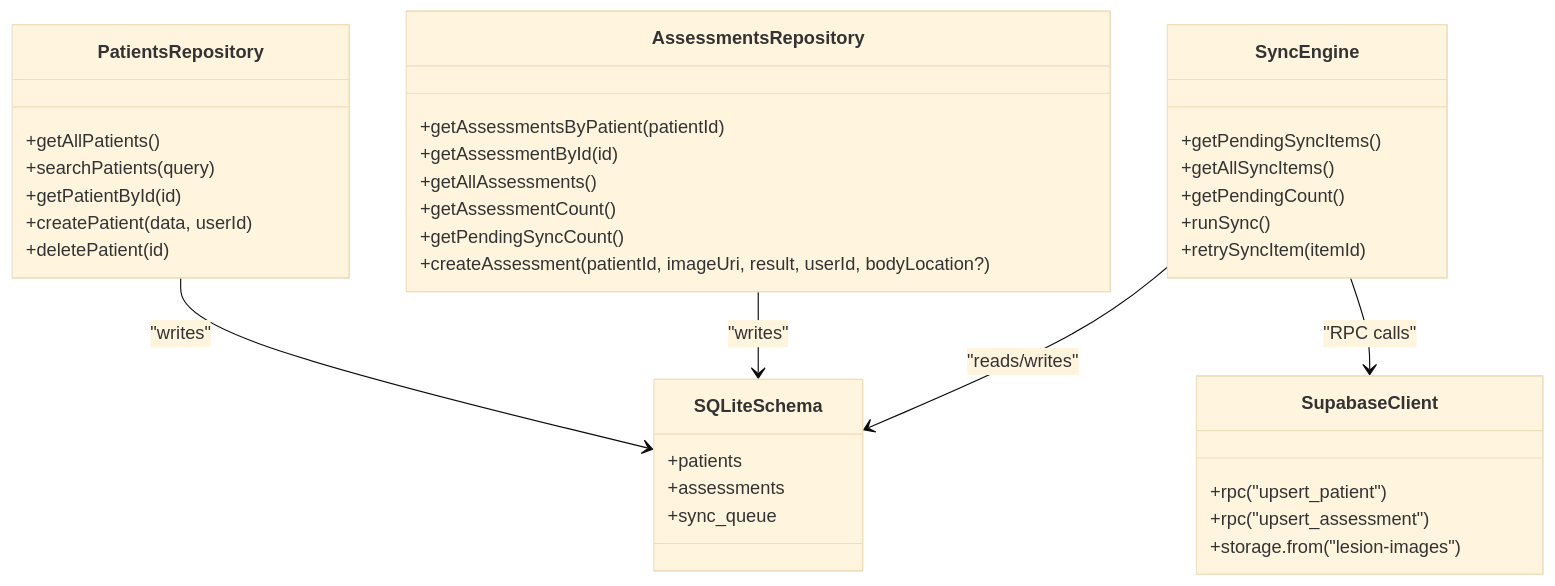
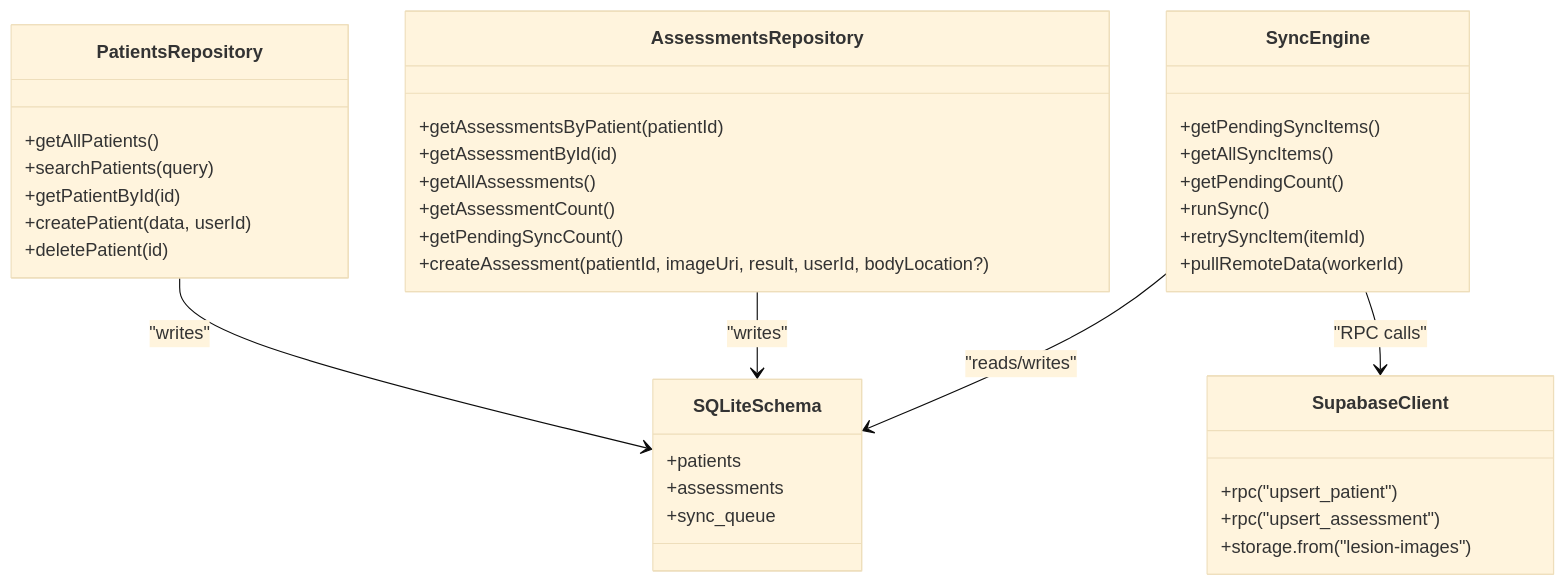
Before and after one commit to AdeelTahir-SE/DermSight: the ninth of 11 diagrams in .qoder/repowiki/en/content/Synchronization System.md, drawn with Mermaid (base theme). The commit also changed other lines of this file and 43 other files, not shown here.

````diff
--- a/.qoder/repowiki/en/content/Synchronization System.md
+++ b/.qoder/repowiki/en/content/Synchronization System.md
@@ -462,39 +544,40 @@
 ```mermaid
 classDiagram
 class PatientsRepository {
 +getAllPatients()
 +searchPatients(query)
 +getPatientById(id)
 +createPatient(data, userId)
 +deletePatient(id)
 }
 class AssessmentsRepository {
 +getAssessmentsByPatient(patientId)
 +getAssessmentById(id)
 +getAllAssessments()
 +getAssessmentCount()
 +getPendingSyncCount()
 +createAssessment(patientId, imageUri, result, userId, bodyLocation?)
 }
 class SyncEngine {
 +getPendingSyncItems()
 +getAllSyncItems()
 +getPendingCount()
 +runSync()
 +retrySyncItem(itemId)
++pullRemoteData(workerId)
 }
 class SupabaseClient {
 +rpc("upsert_patient")
 +rpc("upsert_assessment")
 +storage.from("lesion-images")
 }
 class SQLiteSchema {
 +patients
 +assessments
 +sync_queue
 }
 PatientsRepository --> SQLiteSchema : "writes"
 AssessmentsRepository --> SQLiteSchema : "writes"
 SyncEngine --> SQLiteSchema : "reads/writes"
 SyncEngine --> SupabaseClient : "RPC calls"
 ```
````
